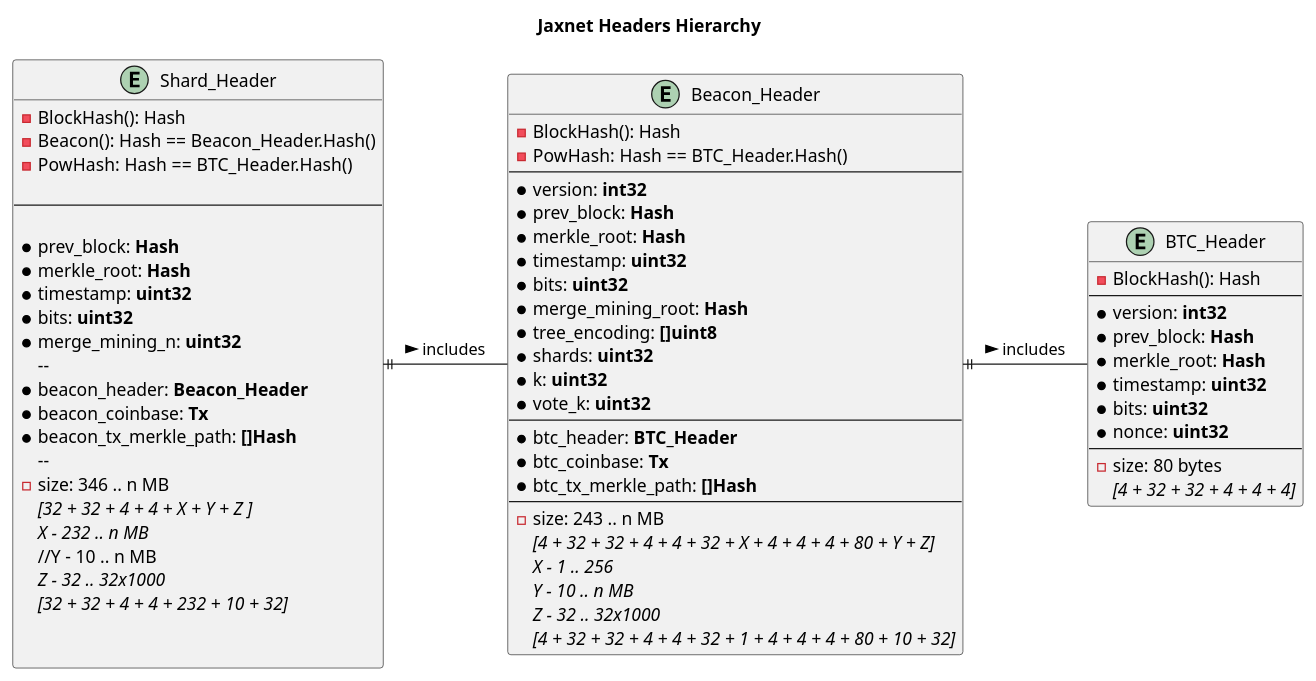
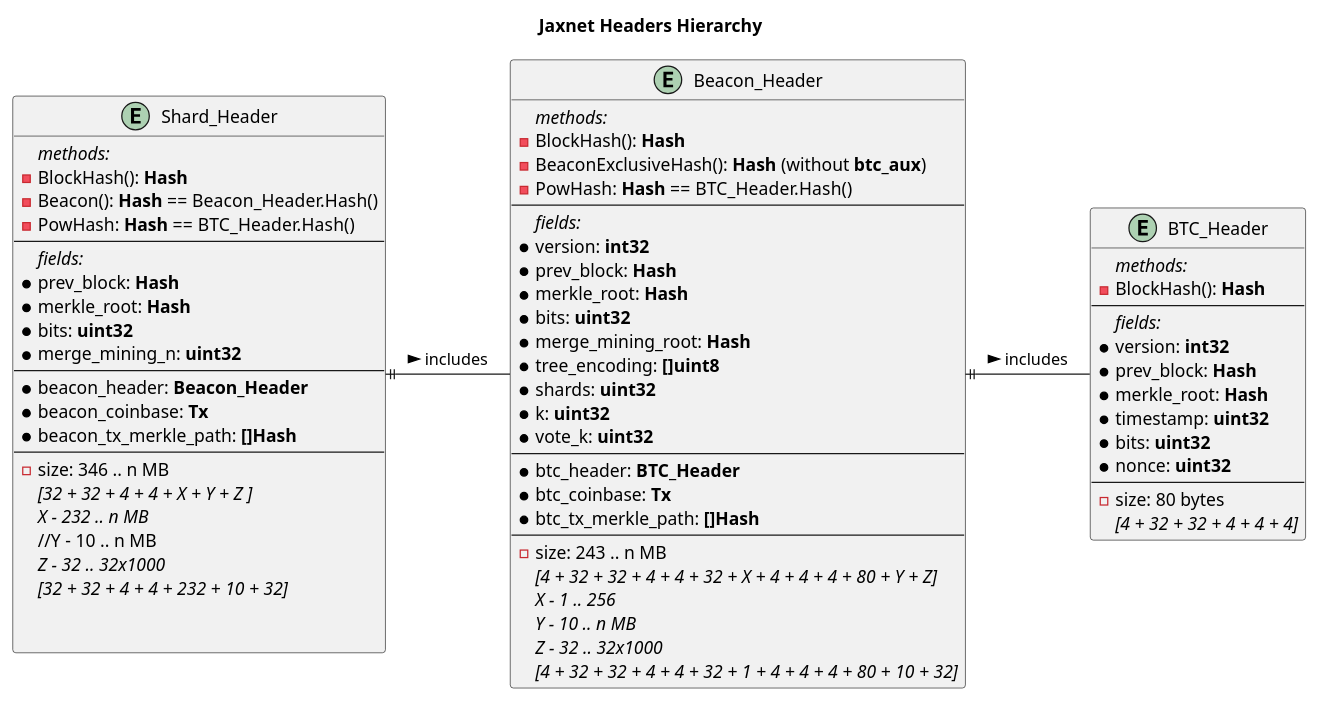
One commit to jaxnet-lab/jaxnetd changed the diagram in docs/diagrams/block_headers.puml. Above: the diagram before and after it, drawn with PlantUML. The commit also changed 39 other files, not shown here.

Commit message:
Hash-sorting, dropped timestamp from headers, CSTX/SwapTx now version, not mark

```diff
--- a/docs/diagrams/block_headers.puml
+++ b/docs/diagrams/block_headers.puml
@@ -1,83 +1,86 @@
 @startuml
 title Jaxnet Headers Hierarchy
 
 'left to right direction
 
 entity BTC_Header {
-  - BlockHash(): Hash
+  //methods://
+  - BlockHash(): **Hash**
   ---
+  //fields://
   * version: **int32**
   * prev_block: **Hash**
   * merkle_root: **Hash**
   * timestamp: **uint32**
   * bits: **uint32**
   * nonce: **uint32**
   --
   - size: 80 bytes
   //[4 + 32 + 32 + 4 + 4 + 4]//
 }
 
 
 entity Beacon_Header {
-  - BlockHash(): Hash
-  - PowHash: Hash == BTC_Header.Hash()
+  //methods://
+  - BlockHash(): **Hash**
+  - BeaconExclusiveHash(): **Hash** (without **btc_aux**)
+  - PowHash: **Hash** == BTC_Header.Hash()
   --
+  //fields://
   * version: **int32**
   * prev_block: **Hash**
   * merkle_root: **Hash**
-  * timestamp: **uint32**
   * bits: **uint32**
   * merge_mining_root: **Hash**
   * tree_encoding: **[]uint8**
   * shards: **uint32**
   * k: **uint32**
   * vote_k: **uint32**
   --
   * btc_header: **BTC_Header**
   * btc_coinbase: **Tx**
   * btc_tx_merkle_path: **[]Hash**
   --
   - size: 243 .. n MB
    //[4 + 32 + 32 + 4 + 4 + 32 + X + 4 + 4 + 4 + 80 + Y + Z]//
    //X - 1 .. 256//
    //Y - 10 .. n MB//
    //Z - 32 .. 32x1000//
    //[4 + 32 + 32 + 4 + 4 + 32 + 1 + 4 + 4 + 4 + 80 + 10 + 32]//
 }
 
 entity Shard_Header {
- - BlockHash(): Hash
- - Beacon(): Hash == Beacon_Header.Hash()
- - PowHash: Hash == BTC_Header.Hash()
-
+  //methods://
+ - BlockHash(): **Hash**
+ - Beacon(): **Hash** == Beacon_Header.Hash()
+ - PowHash: **Hash** == BTC_Header.Hash()
  --
-
+  //fields://
   * prev_block: **Hash**
   * merkle_root: **Hash**
-  * timestamp: **uint32**
   * bits: **uint32**
   * merge_mining_n: **uint32**
   --
   * beacon_header: **Beacon_Header**
   * beacon_coinbase: **Tx**
   * beacon_tx_merkle_path: **[]Hash**
   --
   - size: 346 .. n MB
    //[32 + 32 + 4 + 4 + X + Y + Z ]//
    //X - 232 .. n MB//
    //Y - 10 .. n MB
    //Z - 32 .. 32x1000//
    //[32 + 32 + 4 + 4 + 232 + 10 + 32]//
 
 
 }
 
 Beacon_Header ||- BTC_Header : > includes
 Shard_Header ||- Beacon_Header : > includes
 
 
 'BTC_Block ||- BTC_Header : > includes
 'Beacon_Block ||- Beacon_Header : > includes
 'Shard_Block ||- Shard_Header : > includes
 
 @enduml
```
